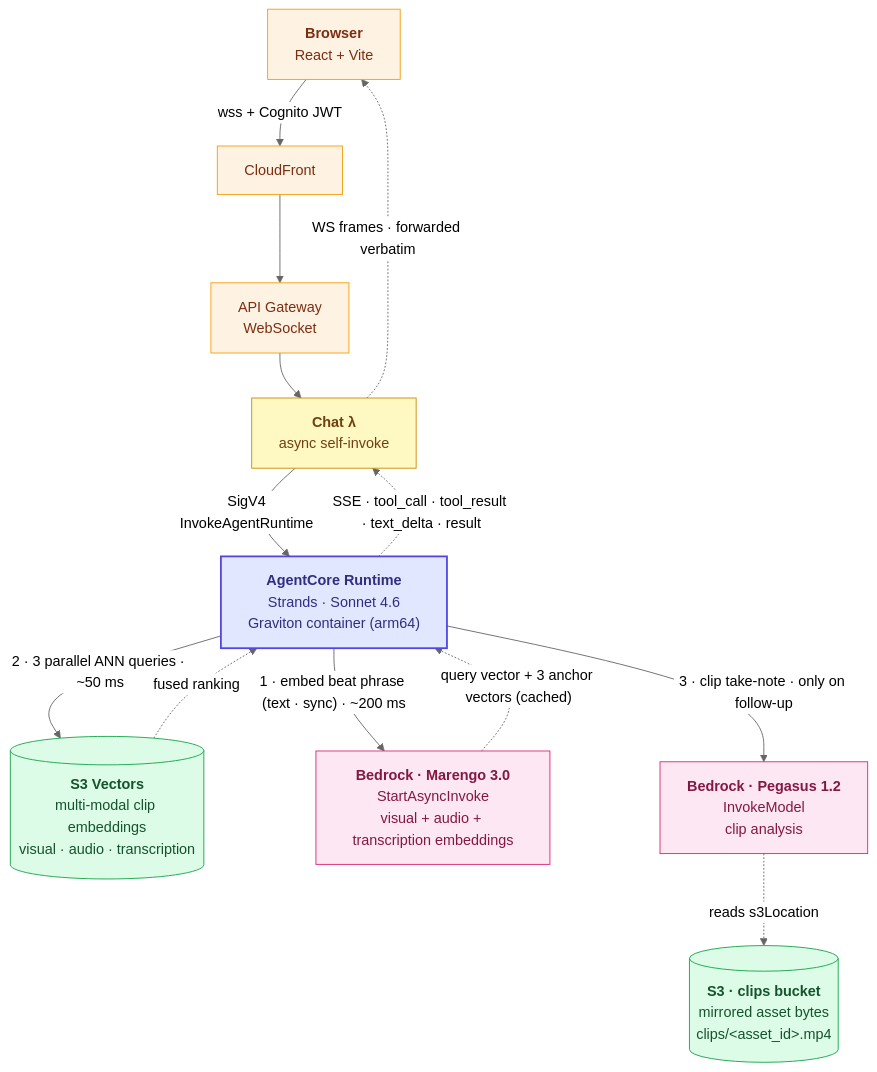
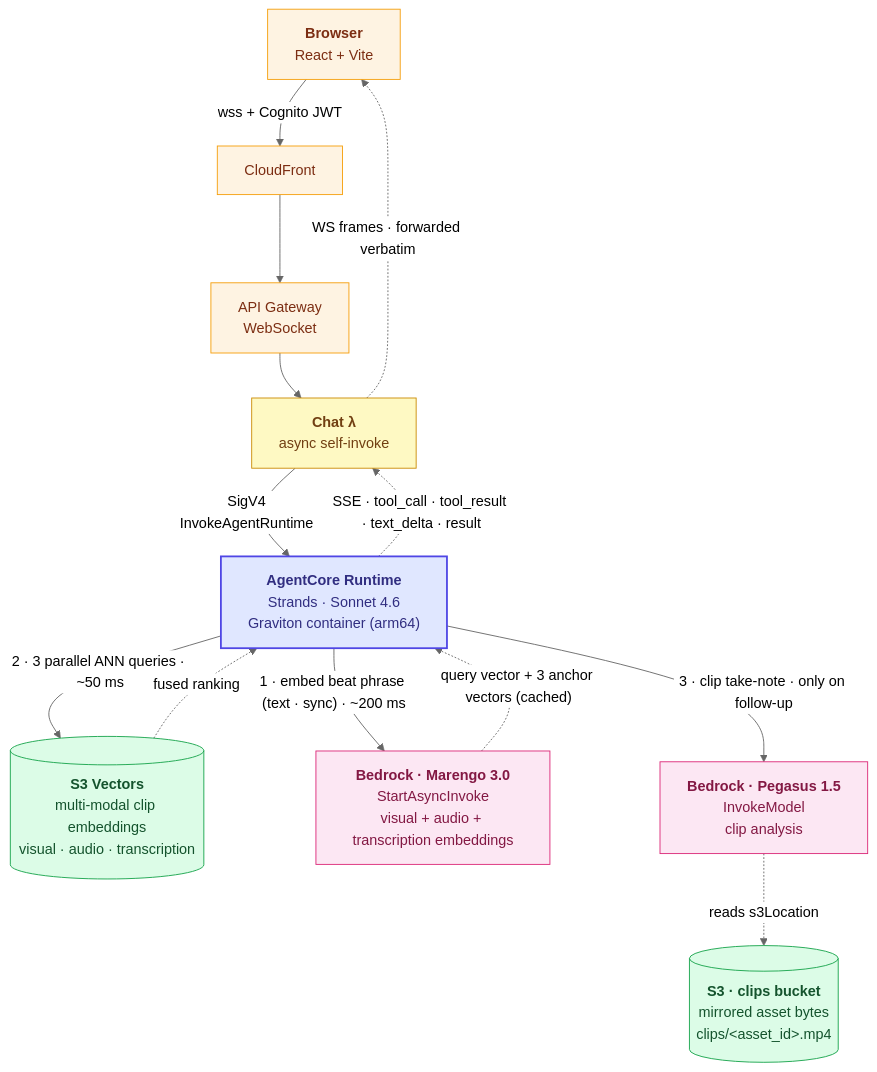
Before and after one commit to twelvelabs-io/tl-agentcore: the first of 4 diagrams in docs/whitepaper-roughcut-v1.md, drawn with Mermaid (neutral theme). The commit also changed other lines of this file and 10 other files, not shown here.

````diff
--- a/docs/whitepaper-roughcut-v1.md
+++ b/docs/whitepaper-roughcut-v1.md
@@ -91,37 +91,37 @@
 ```mermaid
 flowchart TD
     Browser["<b>Browser</b><br/>React + Vite"]
     CF["CloudFront"]
     WS["API Gateway<br/>WebSocket"]
     Chat["<b>Chat λ</b><br/>async self-invoke"]
     Runtime["<b>AgentCore Runtime</b><br/>Strands · Sonnet 4.6<br/>Graviton container (arm64)"]
     Vectors[("<b>S3 Vectors</b><br/>multi-modal clip embeddings<br/>visual · audio · transcription")]
     Clips[("<b>S3 · clips bucket</b><br/>mirrored asset bytes<br/>clips/&lt;asset_id&gt;.mp4")]
     Marengo["<b>Bedrock · Marengo 3.0</b><br/>StartAsyncInvoke<br/>visual + audio + transcription embeddings"]
-    Pegasus["<b>Bedrock · Pegasus 1.2</b><br/>InvokeModel<br/>clip analysis"]
+    Pegasus["<b>Bedrock · Pegasus 1.5</b><br/>InvokeModel<br/>clip analysis"]
 
     Browser -- "wss + Cognito JWT" --> CF
     CF --> WS
     WS --> Chat
     Chat -- "SigV4<br/>InvokeAgentRuntime" --> Runtime
     Runtime -. "SSE · tool_call · tool_result · text_delta · result" .-> Chat
     Chat -. "WS frames · forwarded verbatim" .-> Browser
     Runtime -- "1 · embed beat phrase (text · sync) · ~200 ms" --> Marengo
     Marengo -. "query vector + 3 anchor vectors (cached)" .-> Runtime
     Runtime -- "2 · 3 parallel ANN queries · ~50 ms" --> Vectors
     Vectors -. "fused ranking" .-> Runtime
     Runtime -- "3 · clip take-note · only on follow-up" --> Pegasus
     Pegasus -. "reads s3Location" .-> Clips
 
     classDef edge    fill:#fef3e2,stroke:#f59e0b,stroke-width:1px,color:#7c2d12
     classDef compute fill:#fef9c3,stroke:#ca8a04,stroke-width:1px,color:#713f12
     classDef hero    fill:#e0e7ff,stroke:#4f46e5,stroke-width:2px,color:#312e81
     classDef store   fill:#dcfce7,stroke:#16a34a,stroke-width:1px,color:#14532d
     classDef bedrock fill:#fce7f3,stroke:#db2777,stroke-width:1px,color:#831843
 
     class Browser,CF,WS edge
     class Chat compute
     class Runtime hero
     class Vectors,Clips store
     class Marengo,Pegasus bedrock
 ```
````
